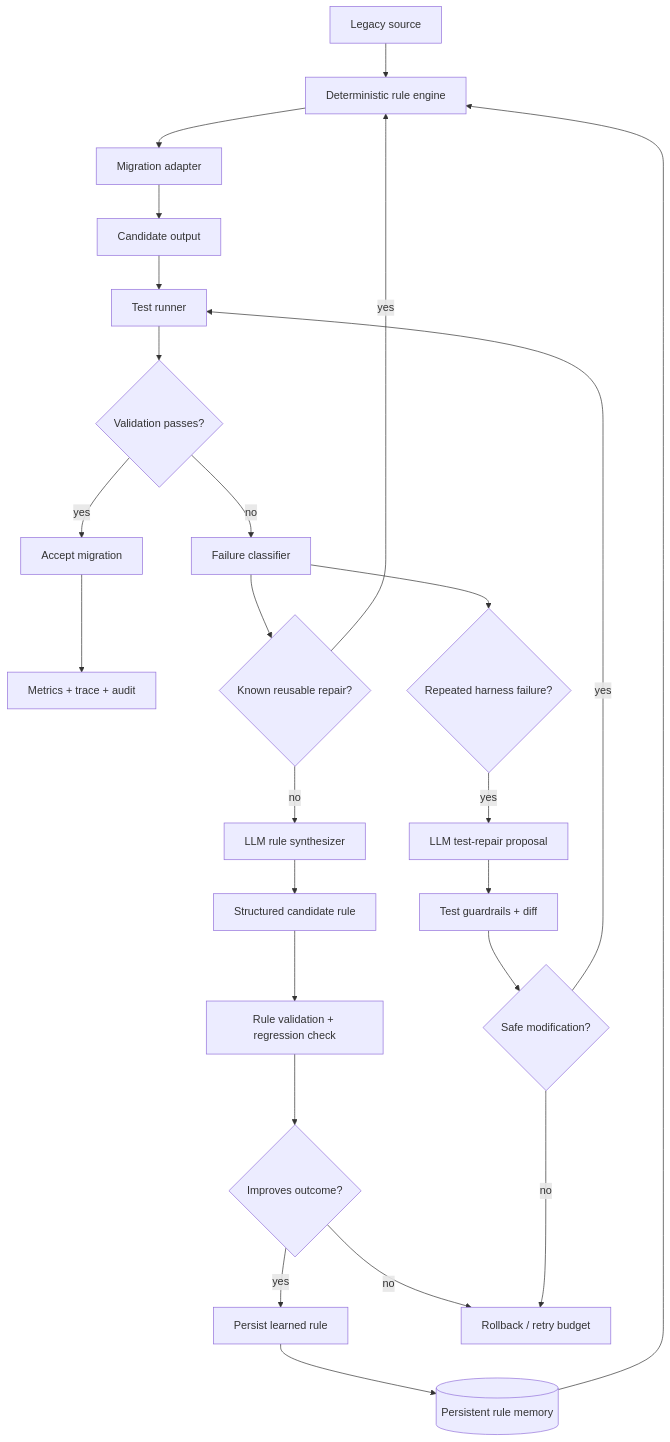
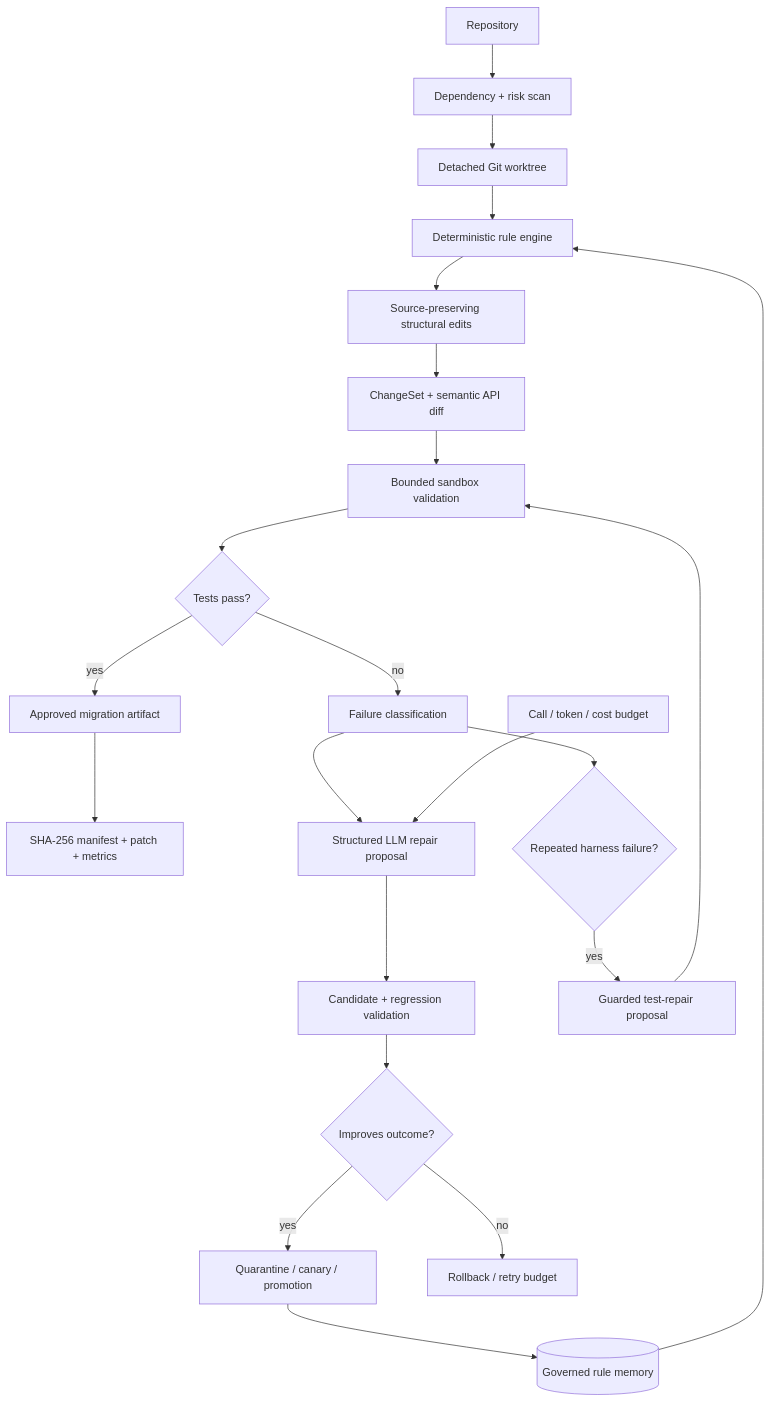
The first of 2 diagrams in README.md (cagataykavas/agentic-migrator), drawn with Mermaid before and after one commit. The commit also changed other lines of this file, not shown here.

Commit message:
docs: surface sandbox rollback semantic diff and budget controls

````diff
--- a/README.md
+++ b/README.md
@@ -32,30 +11,27 @@
 ```mermaid
 flowchart TD
-    SRC[Legacy source] --> RULES[Deterministic rule engine]
-    MEMORY[(Persistent rule memory)] --> RULES
-    RULES --> ADAPTER[Migration adapter]
-    ADAPTER --> CANDIDATE[Candidate output]
-    CANDIDATE --> TESTS[Test runner]
-    TESTS --> PASS{Validation passes?}
+    REPO[Repository] --> SCAN[Dependency + risk scan]
+    SCAN --> WT[Detached Git worktree]
+    WT --> RULES[Deterministic rule engine]
+    MEMORY[(Governed rule memory)] --> RULES
+    RULES --> EDIT[Source-preserving structural edits]
+    EDIT --> DIFF[ChangeSet + semantic API diff]
+    DIFF --> TEST[Bounded sandbox validation]
+    TEST --> PASS{Tests pass?}
 
-    PASS -- yes --> ACCEPT[Accept migration]
-    ACCEPT --> METRICS[Metrics + trace + audit]
+    PASS -- yes --> ACCEPT[Approved migration artifact]
+    ACCEPT --> MANIFEST[SHA-256 manifest + patch + metrics]
 
-    PASS -- no --> CLASSIFY[Failure classifier]
-    CLASSIFY --> KNOWN{Known reusable repair?}
-    KNOWN -- yes --> RULES
-    KNOWN -- no --> LLM[LLM rule synthesizer]
-    LLM --> PROPOSAL[Structured candidate rule]
-    PROPOSAL --> VALIDATE[Rule validation + regression check]
-    VALIDATE --> BETTER{Improves outcome?}
-    BETTER -- yes --> LEARN[Persist learned rule]
-    LEARN --> MEMORY
-    BETTER -- no --> BUDGET[Rollback / retry budget]
+    PASS -- no --> CLASSIFY[Failure classification]
+    CLASSIFY --> LLM[Structured LLM repair proposal]
+    BUDGET[Call / token / cost budget] --> LLM
+    LLM --> REGRESS[Candidate + regression validation]
+    REGRESS --> GOOD{Improves outcome?}
+    GOOD -- yes --> GOV[Quarantine / canary / promotion]
+    GOV --> MEMORY
+    GOOD -- no --> ROLLBACK[Rollback / retry budget]
 
-    CLASSIFY --> REPEATED{Repeated harness failure?}
-    REPEATED -- yes --> TESTFIX[LLM test-repair proposal]
-    TESTFIX --> GUARD[Test guardrails + diff]
-    GUARD --> ALLOWED{Safe modification?}
-    ALLOWED -- yes --> TESTS
-    ALLOWED -- no --> BUDGET
+    CLASSIFY --> HARNESS{Repeated harness failure?}
+    HARNESS -- yes --> TESTFIX[Guarded test-repair proposal]
+    TESTFIX --> TEST
 ```
````
